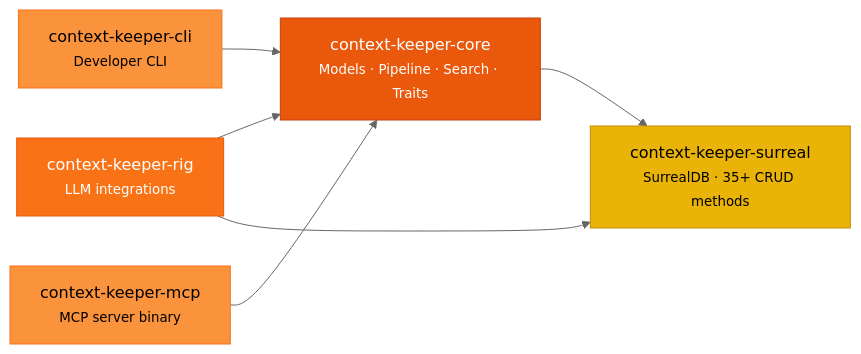
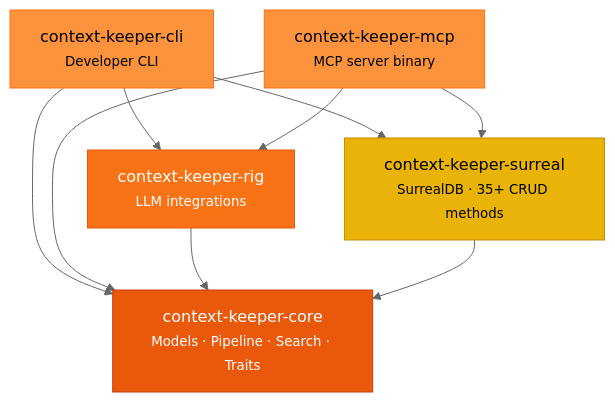
Before and after one commit to mindbend0x/context-keeper: the diagram in docs/website/docs/architecture.md, drawn with Mermaid (neutral theme). The commit also changed other lines of this file and 15 other files, not shown here.

````diff
--- a/docs/website/docs/architecture.md
+++ b/docs/website/docs/architecture.md
@@ -13,14 +15,18 @@
 ```mermaid
-graph LR
+graph TD
     CLI["context-keeper-cli<br/><small>Developer CLI</small>"] --> CORE
+    CLI --> RIG
+    CLI --> SURREAL
     MCP["context-keeper-mcp<br/><small>MCP server binary</small>"] --> CORE
+    MCP --> RIG
+    MCP --> SURREAL
     RIG["context-keeper-rig<br/><small>LLM integrations</small>"] --> CORE
-    RIG --> SURREAL["context-keeper-surreal<br/><small>SurrealDB · 35+ CRUD methods</small>"]
-    CORE["context-keeper-core<br/><small>Models · Pipeline · Search · Traits</small>"] --> SURREAL
+    SURREAL["context-keeper-surreal<br/><small>SurrealDB · 35+ CRUD methods</small>"] --> CORE
+    CORE["context-keeper-core<br/><small>Models · Pipeline · Search · Traits</small>"]
 
     style CORE fill:#ea580c,stroke:#c2410c,color:#fff
     style RIG fill:#f97316,stroke:#ea580c,color:#fff
     style SURREAL fill:#eab308,stroke:#ca8a04,color:#000
     style CLI fill:#fb923c,stroke:#f97316,color:#000
     style MCP fill:#fb923c,stroke:#f97316,color:#000
 ```
````
